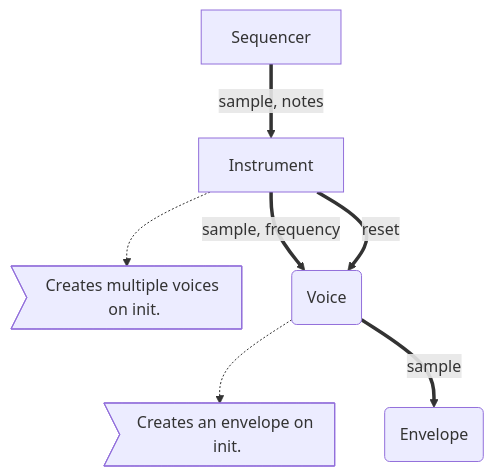
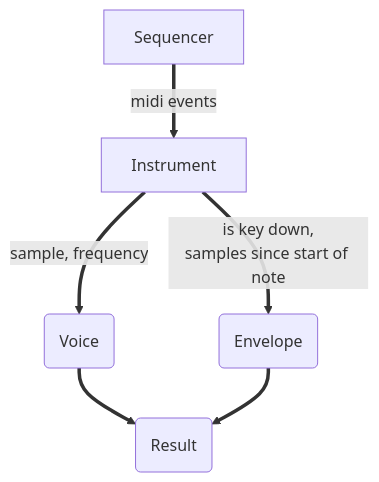
The diagram in Brainstorming/Implementing MIDI.md (O-Tire/basic-DAW-DSP), drawn with Mermaid before and after one commit. The commit also changed 10 other files, not shown here.

````diff
--- a/Brainstorming/Implementing MIDI.md
+++ b/Brainstorming/Implementing MIDI.md
@@ -1,18 +1,18 @@
 ```mermaid
 flowchart TD
 
 s[Sequencer]
 i[Instrument]
 v(Voice)
 e(Envelope)
+r(Result)
 
-i -.-> 1>Creates multiple voices on init.]
-v -.-> 2>Creates an envelope on init.]
+s ==> |midi events| i
+i ==> |sample, frequency| v
+i ==> |is key down,\nsamples since start of note| e
 
-s ==> |sample, notes| i
-i ==> |sample, frequency| v
-i ==> |reset| v
-v ==> |sample| e
+v ==> r
+e ==> r
 
 
 ```
````
